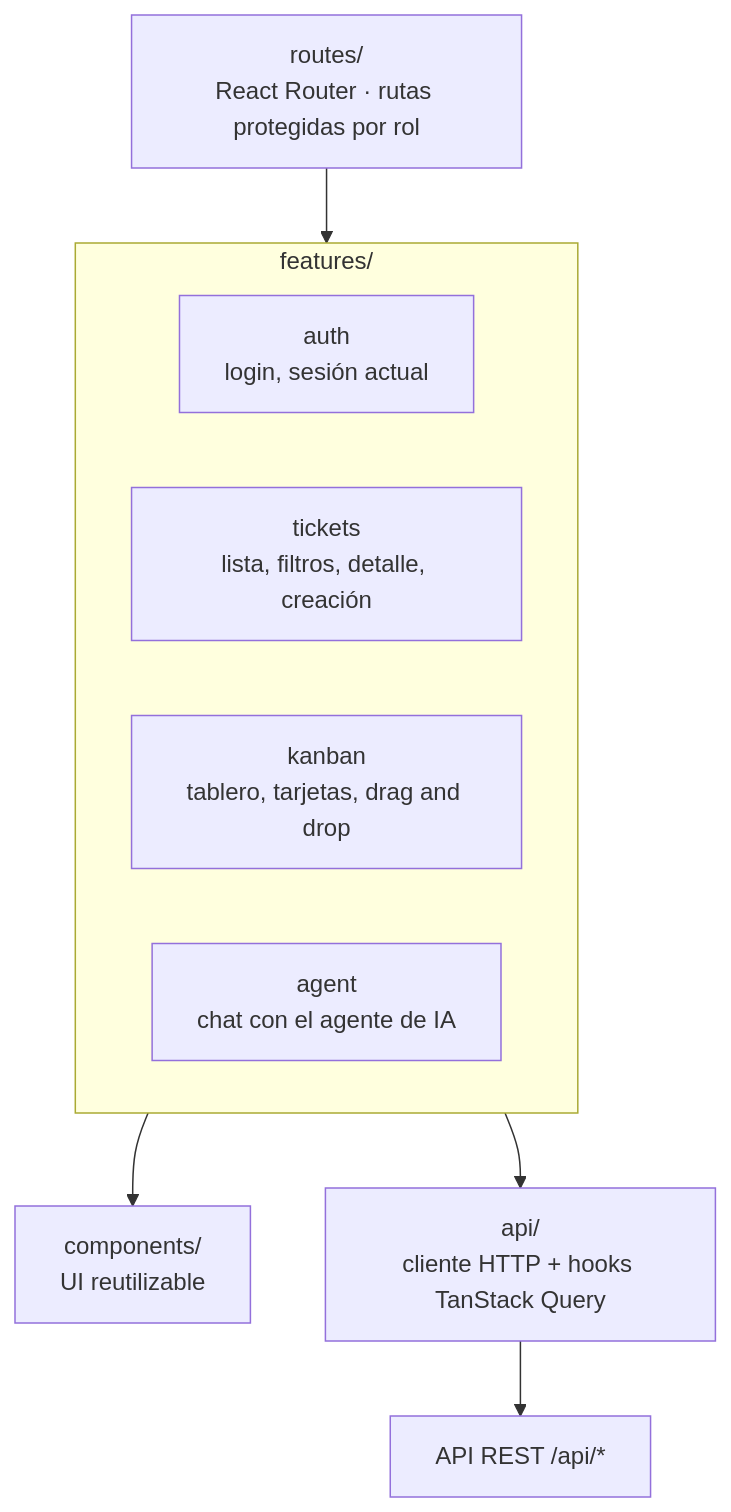
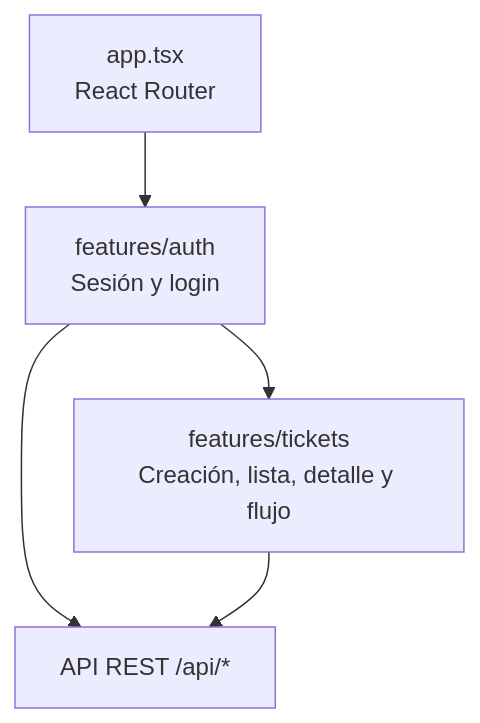
One commit to pedrolaralara/AI4Devs-finalproject changed the fifth of 11 diagrams in ARQUITECTURA.md. Above: the diagram before and after it, drawn with Mermaid. The commit also changed other lines of this file and 26 other files, not shown here.

````diff
--- a/ARQUITECTURA.md
+++ b/ARQUITECTURA.md
@@ -199,18 +192,12 @@
 ```mermaid
 flowchart TB
-    Router["routes/<br/>React Router · rutas protegidas por rol"]
-    subgraph Features["features/"]
-        FAuth["auth<br/>login, sesión actual"]
-        FTickets["tickets<br/>lista, filtros, detalle, creación"]
-        FKanban["kanban<br/>tablero, tarjetas, drag and drop"]
-        FAgent["agent<br/>chat con el agente de IA"]
-    end
-    Comp["components/<br/>UI reutilizable"]
-    ApiClient["api/<br/>cliente HTTP + hooks TanStack Query"]
+    Router["app.tsx<br/>React Router"]
+    Auth["features/auth<br/>Sesión y login"]
+    Tickets["features/tickets<br/>Creación, lista, detalle y flujo"]
     Backend["API REST /api/*"]
 
-    Router --> Features
-    Features --> Comp
-    Features --> ApiClient
-    ApiClient --> Backend
+    Router --> Auth
+    Auth --> Tickets
+    Auth --> Backend
+    Tickets --> Backend
 ```
````
